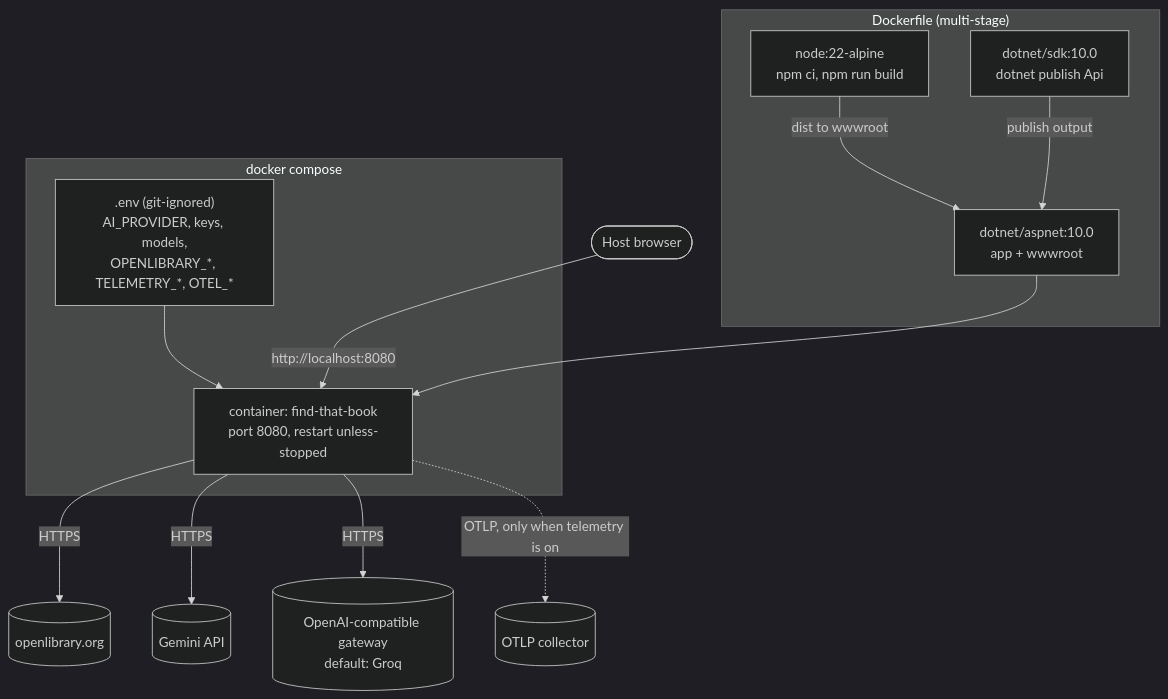
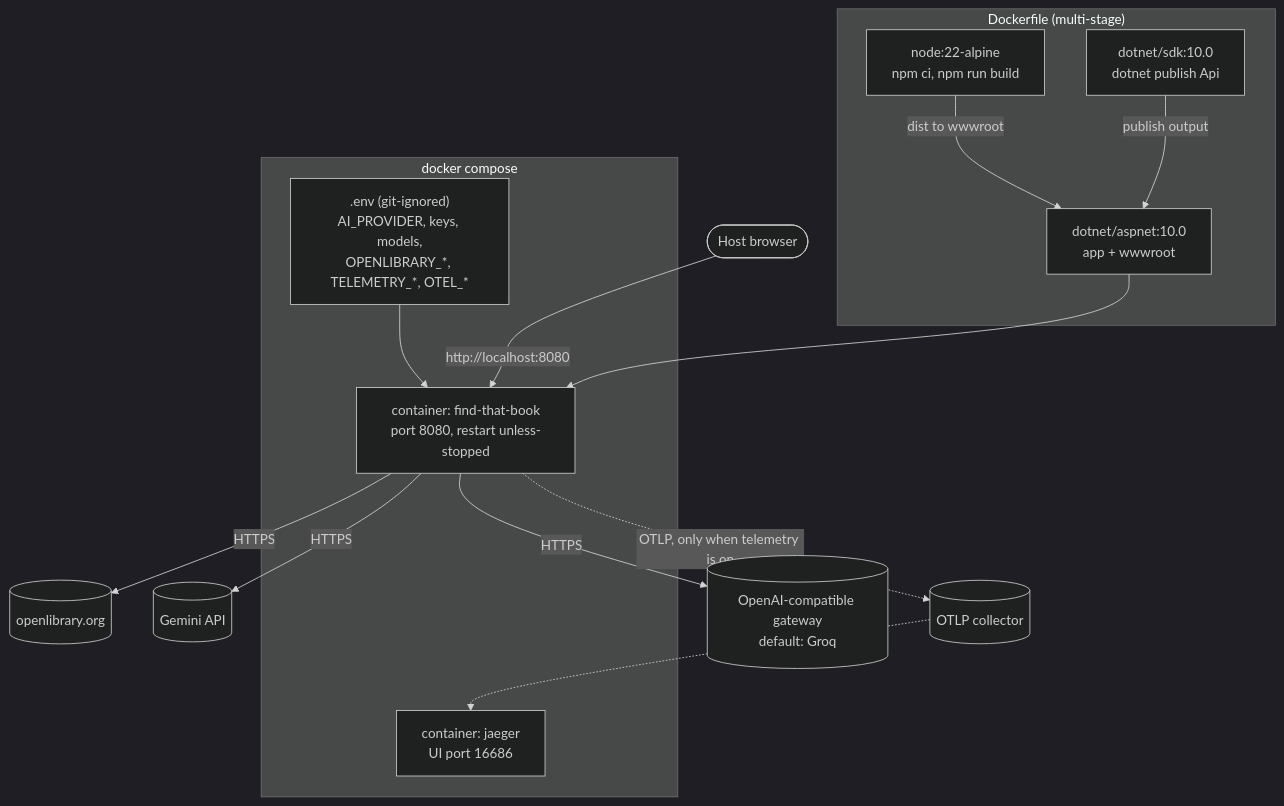
One commit to juan-alvarez-at-trip-arc/find-that-book changed the first of 2 diagrams in docs/architecture/05-infrastructure.md. Above: the diagram before and after it, drawn with Mermaid (dark theme). The commit also changed 2 other files, not shown here.

Commit message:
docs: sync README and architecture with current source
Document the Jaeger compose service, the landing page, image tags and the CI smoke test. Add the call tree analysis to the layout and docs list.

````diff
--- a/docs/architecture/05-infrastructure.md
+++ b/docs/architecture/05-infrastructure.md
@@ -5,23 +5,25 @@
 ```mermaid
 flowchart TB
     subgraph build["Dockerfile (multi-stage)"]
         s1["node:22-alpine<br/>npm ci, npm run build"]
         s2["dotnet/sdk:10.0<br/>dotnet publish Api"]
         s3["dotnet/aspnet:10.0<br/>app + wwwroot"]
         s1 -- "dist to wwwroot" --> s3
         s2 -- "publish output" --> s3
     end
 
     subgraph compose["docker compose"]
         env[".env (git-ignored)<br/>AI_PROVIDER, keys, models,<br/>OPENLIBRARY_*, TELEMETRY_*, OTEL_*"]
         ctr["container: find-that-book<br/>port 8080, restart unless-stopped"]
+        jg["container: jaeger<br/>UI port 16686"]
         env --> ctr
     end
 
     s3 --> ctr
     ctr -- "HTTPS" --> ol[(openlibrary.org)]
     ctr -- "HTTPS" --> gem[(Gemini API)]
     ctr -- "HTTPS" --> oai[("OpenAI-compatible gateway<br/>default: Groq")]
     ctr -. "OTLP, only when telemetry is on" .-> otlp[(OTLP collector)]
+    otlp -.-> jg
     host([Host browser]) -- "http://localhost:8080" --> ctr
 ```
````
